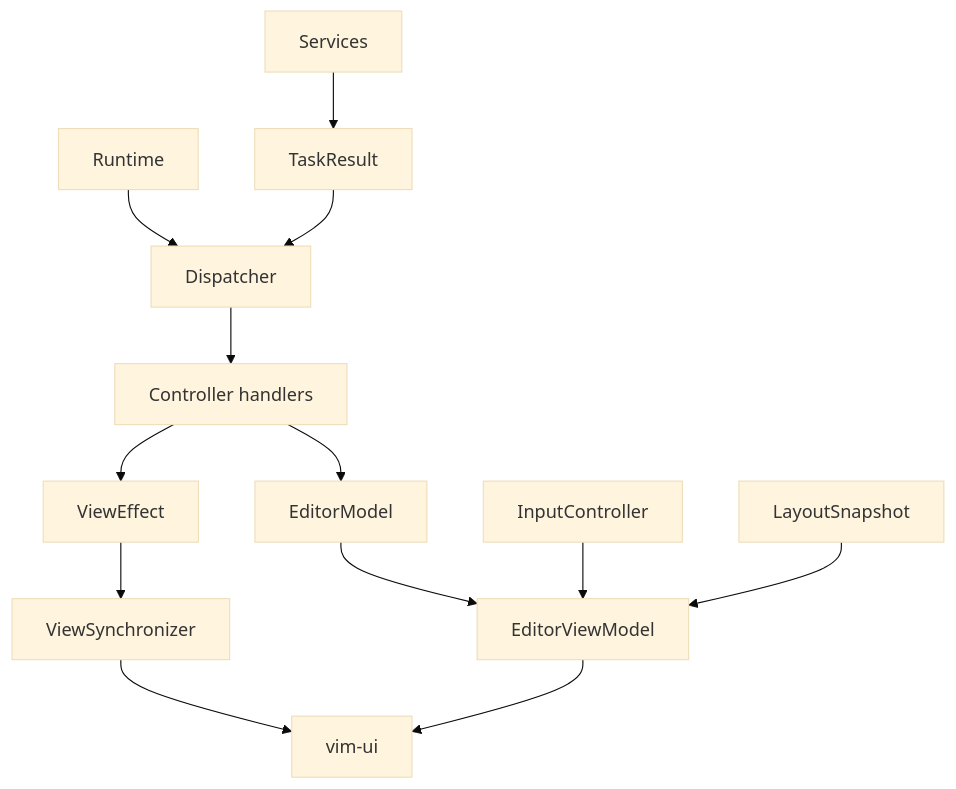
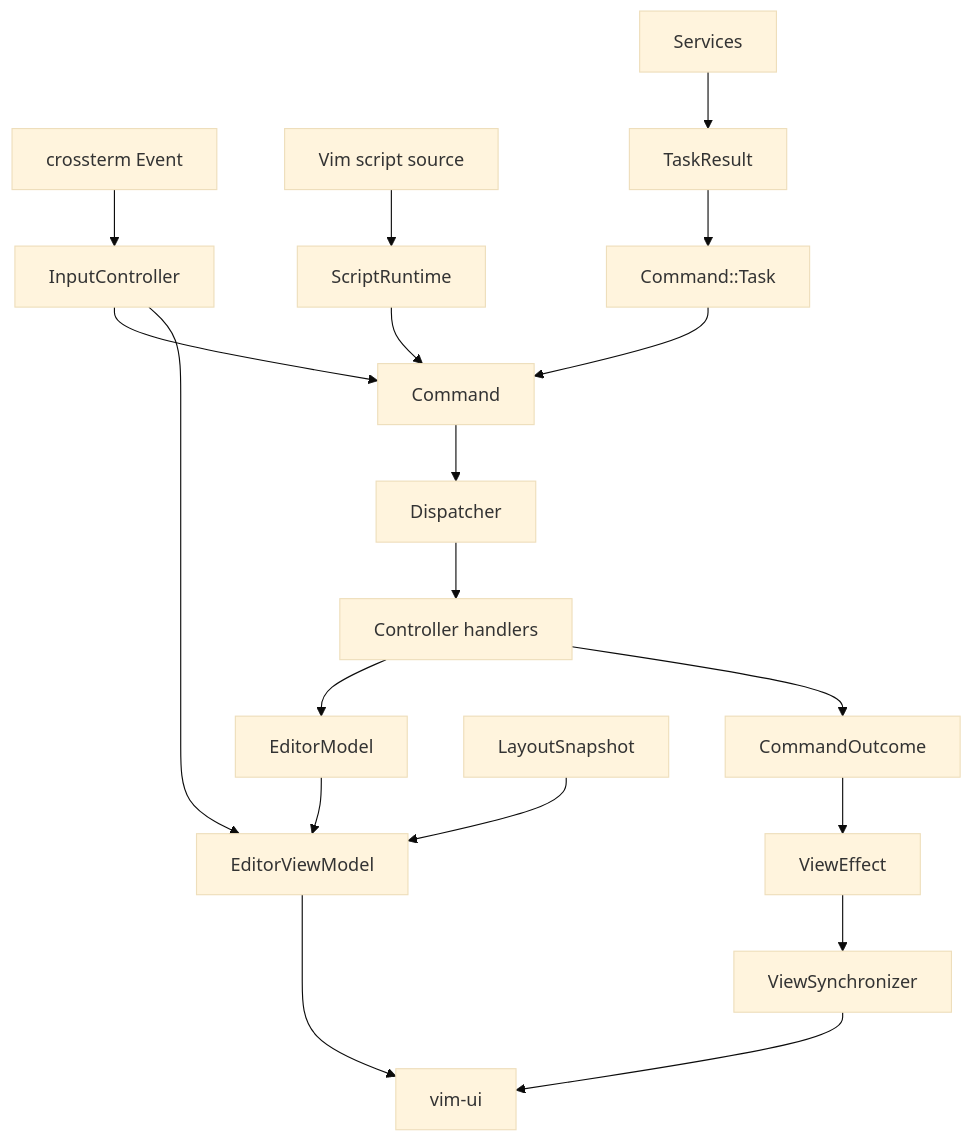
Before and after one commit to nextvim/nxvim: the first of 2 diagrams in STRUCTURE.md, drawn with Mermaid (base theme). The commit also changed other lines of this file and 9 other files, not shown here.

````diff
--- a/STRUCTURE.md
+++ b/STRUCTURE.md
@@ -5,15 +9,24 @@
 ```mermaid
 flowchart TD
-    Runtime --> Dispatcher
+    Terminal[crossterm Event] --> InputController
+    InputController --> Command
+
+    ScriptSource[Vim script source] --> ScriptRuntime
+    ScriptRuntime --> Command
+
+    Services --> TaskResult
+    TaskResult --> TaskCommand[Command::Task]
+    TaskCommand --> Command
+    Command --> Dispatcher
     Dispatcher --> ControllerHandlers[Controller handlers]
     ControllerHandlers --> EditorModel
-    ControllerHandlers --> ViewEffect
+    ControllerHandlers --> CommandOutcome
+    CommandOutcome --> ViewEffect
     ViewEffect --> ViewSynchronizer
     ViewSynchronizer --> UI[vim-ui]
+
     EditorModel --> EditorViewModel
     InputController --> EditorViewModel
     LayoutSnapshot --> EditorViewModel
     EditorViewModel --> UI
-    Services --> TaskResult
-    TaskResult --> Dispatcher
 ```
````
